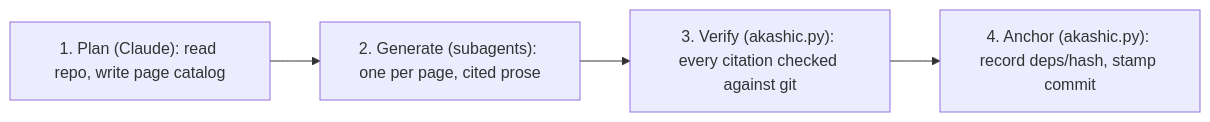
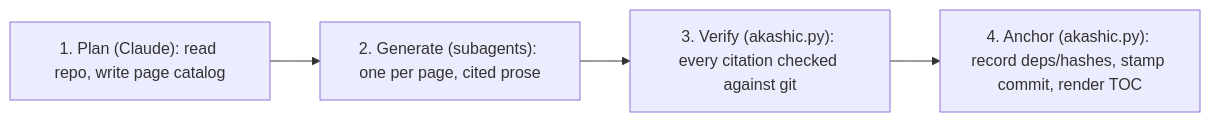
One commit to ARMeeru/akashic-record changed the diagram in .akashic/wiki/index.md. Above: the diagram before and after it, drawn with Mermaid. The commit also changed other lines of this file and 2 other files, not shown here.

````diff
--- a/.akashic/wiki/index.md
+++ b/.akashic/wiki/index.md
@@ -21,6 +27,6 @@
 ```mermaid
 flowchart LR
     Plan["1. Plan (Claude): read repo, write page catalog"] --> Generate["2. Generate (subagents): one per page, cited prose"]
     Generate --> Verify["3. Verify (akashic.py): every citation checked against git"]
-    Verify --> Anchor["4. Anchor (akashic.py): record deps/hash, stamp commit"]
+    Verify --> Anchor["4. Anchor (akashic.py): record deps/hashes, stamp commit, render TOC"]
 ```
````
